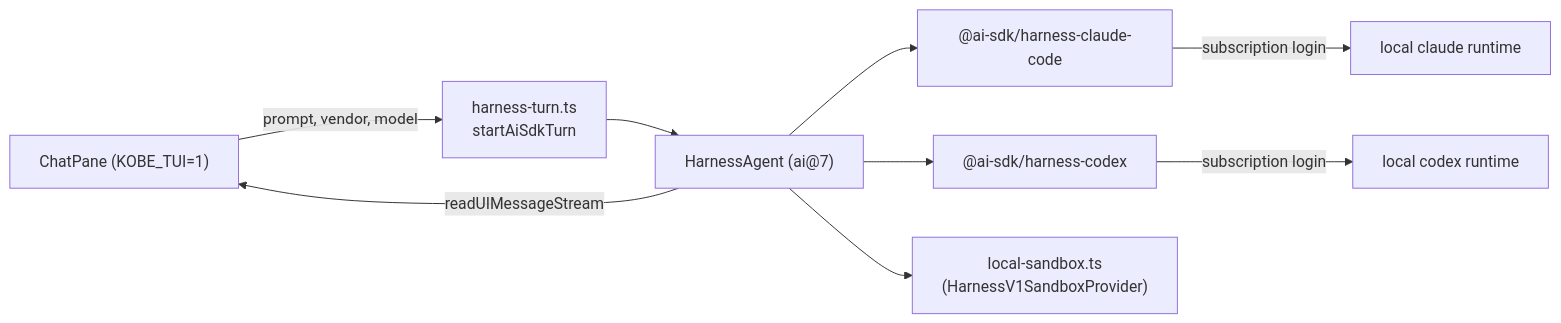
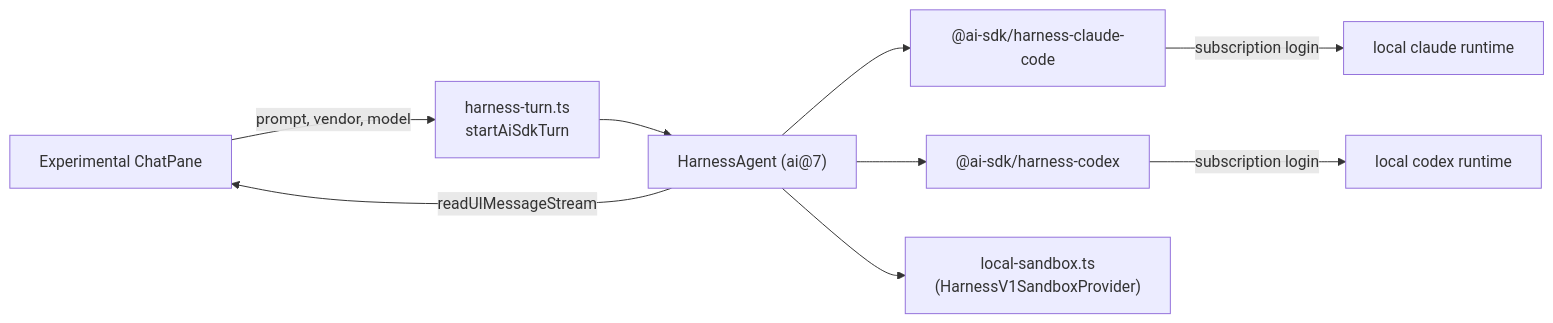
The diagram in docs/design/provider-runtime.md (Sma1lboy/kobe), drawn with Mermaid before and after one commit. The commit also changed other lines of this file and 232 other files, not shown here.

````diff
--- a/docs/design/provider-runtime.md
+++ b/docs/design/provider-runtime.md
@@ -46,11 +46,11 @@
 ```mermaid
 flowchart LR
-    Pane["ChatPane (KOBE_TUI=1)"] -->|"prompt, vendor, model"| Turn["harness-turn.ts\nstartAiSdkTurn"]
+    Pane["Experimental ChatPane"] -->|"prompt, vendor, model"| Turn["harness-turn.ts\nstartAiSdkTurn"]
     Turn --> Agent["HarnessAgent (ai@7)"]
     Agent --> HC["@ai-sdk/harness-claude-code"]
     Agent --> HX["@ai-sdk/harness-codex"]
     Agent --> SB["local-sandbox.ts\n(HarnessV1SandboxProvider)"]
     HC -->|"subscription login"| CLI1["local claude runtime"]
     HX -->|"subscription login"| CLI2["local codex runtime"]
     Agent -->|"readUIMessageStream"| Pane
 ```
````
